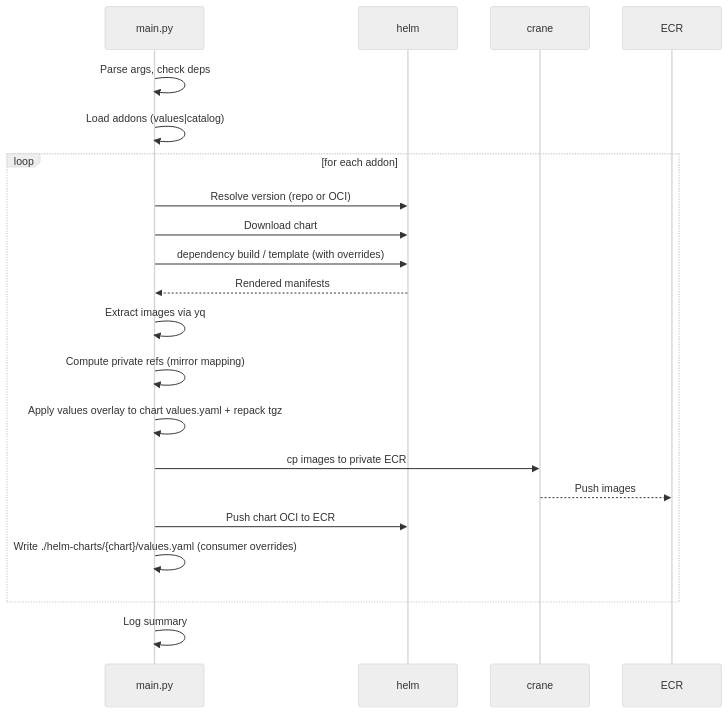
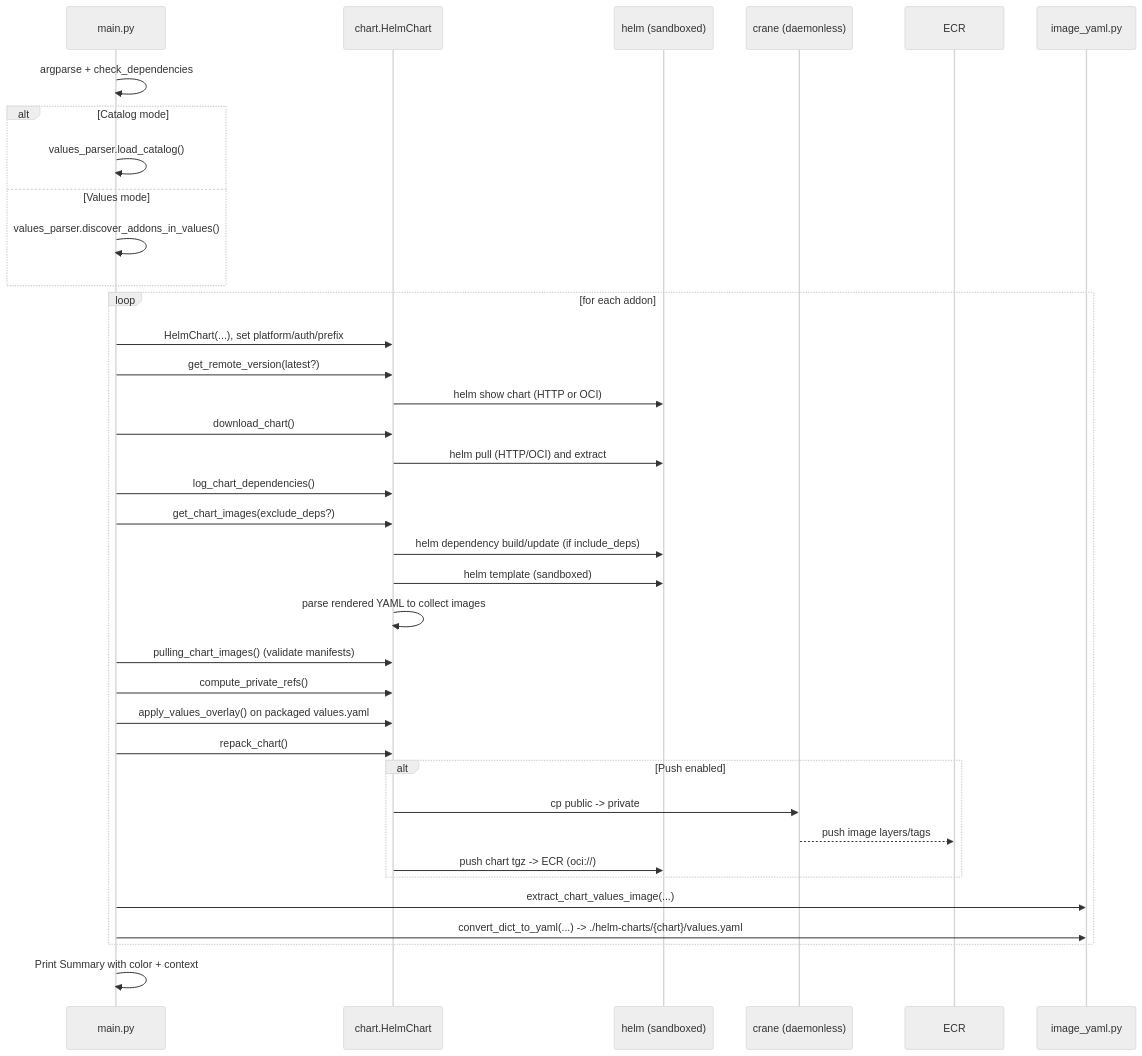
The second of 2 diagrams in README.md (hisume/airgap-charts), drawn with Mermaid (neutral theme) before and after one commit. The commit also changed other lines of this file, not shown here.

````diff
--- a/README.md
+++ b/README.md
@@ -87,24 +88,41 @@
 ```mermaid
 sequenceDiagram
   participant CLI as main.py
-  participant Helm as helm
-  participant Crane as crane
+  participant HC as chart.HelmChart
+  participant Helm as helm (sandboxed)
+  participant Crane as crane (daemonless)
   participant AWS as ECR
 
-  CLI->>CLI: Parse args, check deps
-  CLI->>CLI: Load addons (values|catalog)
+  CLI->>CLI: argparse + check_dependencies
+  alt Catalog mode
+    CLI->>CLI: values_parser.load_catalog()
+  else Values mode
+    CLI->>CLI: values_parser.discover_addons_in_values()
+  end
+
   loop for each addon
-    CLI->>Helm: Resolve version (repo or OCI)
-    CLI->>Helm: Download chart
-    CLI->>Helm: dependency build / template (with overrides)
-    Helm-->>CLI: Rendered manifests
-    CLI->>CLI: Extract images via yq
-    CLI->>CLI: Compute private refs (mirror mapping)
-    CLI->>CLI: Apply values overlay to chart values.yaml + repack tgz
-    CLI->>Crane: cp images to private ECR
-    Crane-->>AWS: Push images
-    CLI->>Helm: Push chart OCI to ECR
-    CLI->>CLI: Write ./helm-charts/{chart}/values.yaml (consumer overrides)
+    CLI->>HC: HelmChart(...), set platform/auth/prefix
+    CLI->>HC: get_remote_version(latest?)
+    HC->>Helm: helm show chart (HTTP or OCI)
+    CLI->>HC: download_chart()
+    HC->>Helm: helm pull (HTTP/OCI) and extract
+    CLI->>HC: log_chart_dependencies()
+    CLI->>HC: get_chart_images(exclude_deps?)
+    HC->>Helm: helm dependency build/update (if include_deps)
+    HC->>Helm: helm template (sandboxed)
+    HC->>HC: parse rendered YAML to collect images
+    CLI->>HC: pulling_chart_images() (validate manifests)
+    CLI->>HC: compute_private_refs()
+    CLI->>HC: apply_values_overlay() on packaged values.yaml
+    CLI->>HC: repack_chart()
+    alt Push enabled
+      HC->>Crane: cp public -> private
+      Crane-->>AWS: push image layers/tags
+      HC->>Helm: push chart tgz -> ECR (oci://)
+    end
+    CLI->>image_yaml.py: extract_chart_values_image(...)
+    CLI->>image_yaml.py: convert_dict_to_yaml(...) -> ./helm-charts/{chart}/values.yaml
   end
-  CLI->>CLI: Log summary
+
+  CLI->>CLI: Print Summary with color + context
 ```
````
